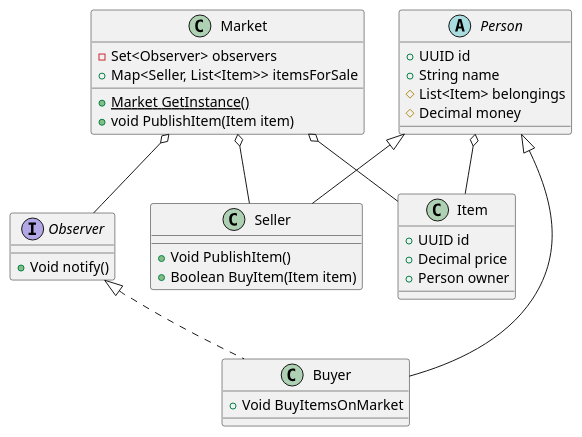
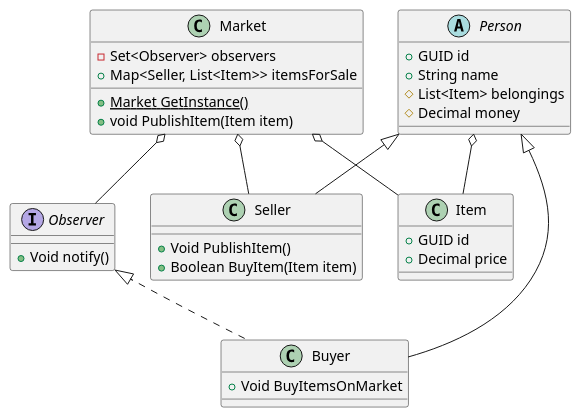
One commit to asmadsen/LottasFleaMarket changed the diagram in Docs/ClassDiagram.puml. Above: the diagram before and after it, drawn with PlantUML. The commit also changed 10 other files, not shown here.

```diff
--- a/Docs/ClassDiagram.puml
+++ b/Docs/ClassDiagram.puml
@@ -1,43 +1,42 @@
 @startuml
 
 interface Observer {
     +Void notify()
 }
 
 abstract class Person {
-    +UUID id
+    +GUID id
     +String name
     #List<Item> belongings
     #Decimal money
 }
 
 class Buyer extends Person implements Observer {
     +Void BuyItemsOnMarket
 }
 
 class Seller extends Person {
     +Void PublishItem()
     +Boolean BuyItem(Item item)
 }
 
 class Item {
-    +UUID id
+    +GUID id
     +Decimal price
-    +Person owner
 }
 
 
 class Market {
     -Set<Observer> observers
     +Map<Seller, List<Item>> itemsForSale
     +{static} Market GetInstance()
     +void PublishItem(Item item)
 }
 
 Person o-- Item 
 
 Market o-- Seller 
 Market o-- Item 
 Market o-- Observer 
 
 @enduml
```
